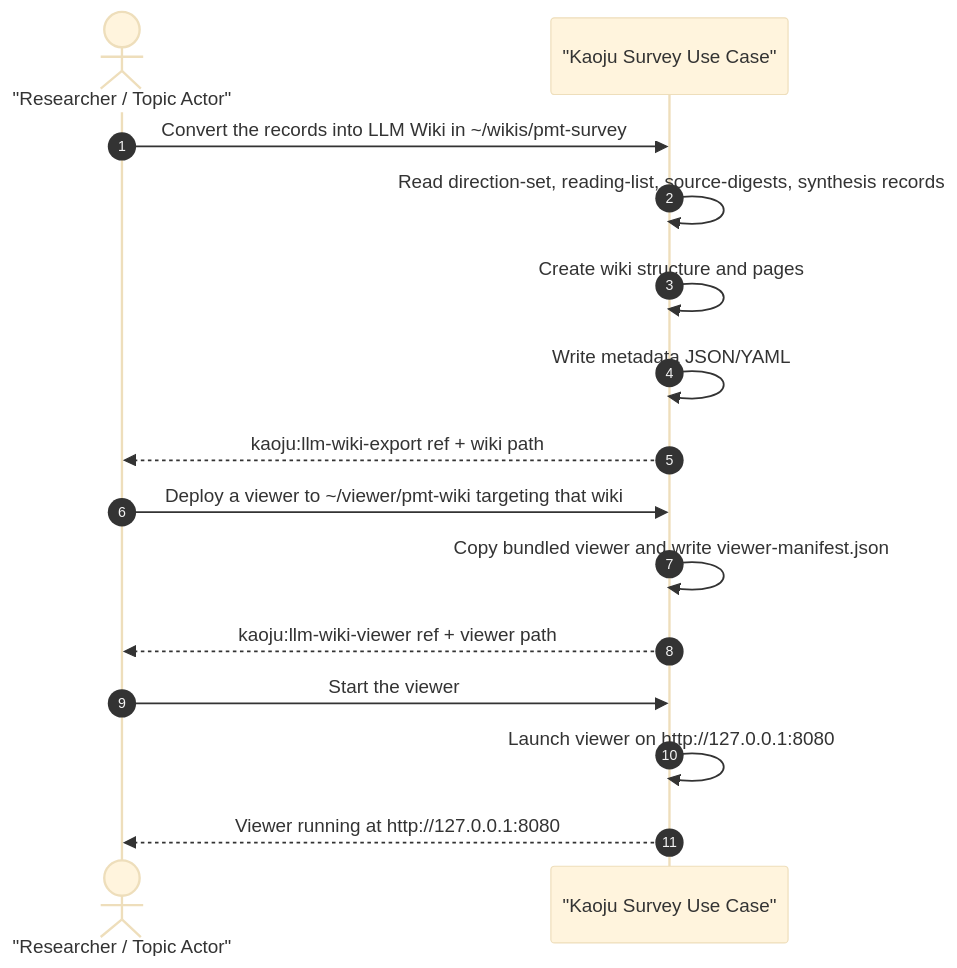
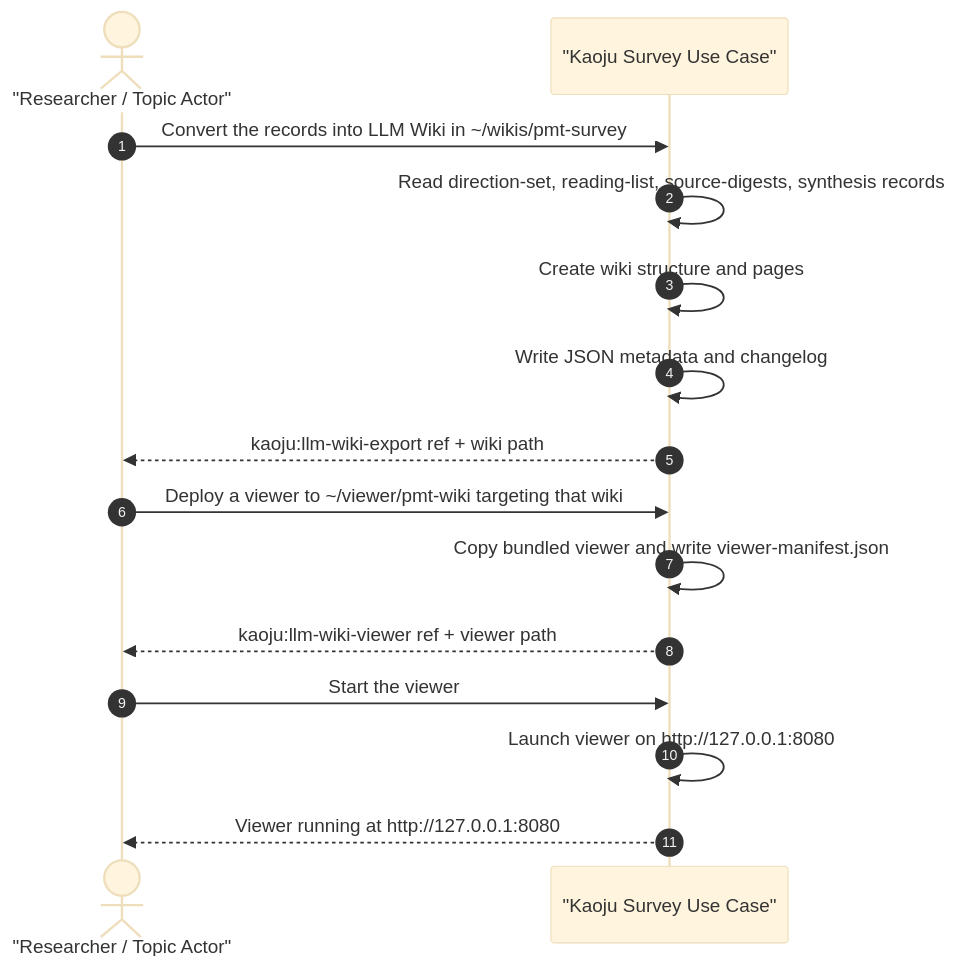
One commit to CodeGandee/isomer-labs changed the second of 2 diagrams in context/features/2026-07-14-kaoju-survey-process-usecases/usecases/uc-07-export-survey-records-to-llm-wiki-and-deploy-viewer.md. Above: the diagram before and after it, drawn with Mermaid (base theme). The commit also changed other lines of this file and 24 other files, not shown here.

````diff
--- a/context/features/2026-07-14-kaoju-survey-process-usecases/usecases/uc-07-export-survey-records-to-llm-wiki-and-deploy-viewer.md
+++ b/context/features/2026-07-14-kaoju-survey-process-usecases/usecases/uc-07-export-survey-records-to-llm-wiki-and-deploy-viewer.md
@@ -114,18 +114,18 @@
 ```mermaid
 sequenceDiagram
   autonumber
   actor Researcher as "Researcher / Topic Actor"
   participant System as "Kaoju Survey Use Case"
 
   Researcher->>System: Convert the records into LLM Wiki in ~/wikis/pmt-survey
   System->>System: Read direction-set, reading-list, source-digests, synthesis records
   System->>System: Create wiki structure and pages
-  System->>System: Write metadata JSON/YAML
+  System->>System: Write JSON metadata and changelog
   System-->>Researcher: kaoju:llm-wiki-export ref + wiki path
   Researcher->>System: Deploy a viewer to ~/viewer/pmt-wiki targeting that wiki
   System->>System: Copy bundled viewer and write viewer-manifest.json
   System-->>Researcher: kaoju:llm-wiki-viewer ref + viewer path
   Researcher->>System: Start the viewer
   System->>System: Launch viewer on http://127.0.0.1:8080
   System-->>Researcher: Viewer running at http://127.0.0.1:8080
 ```
````
